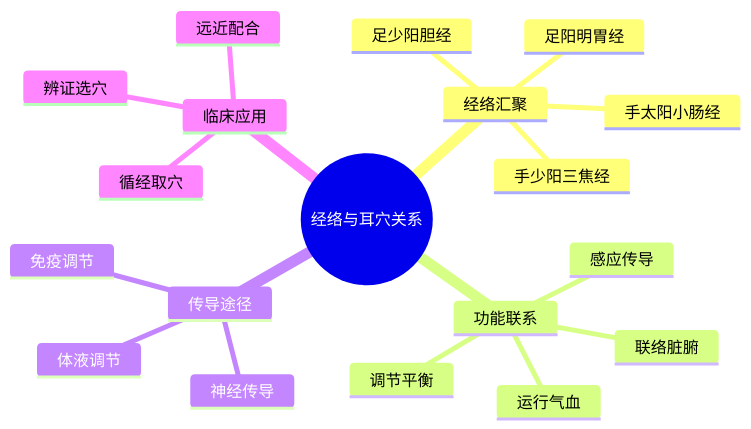
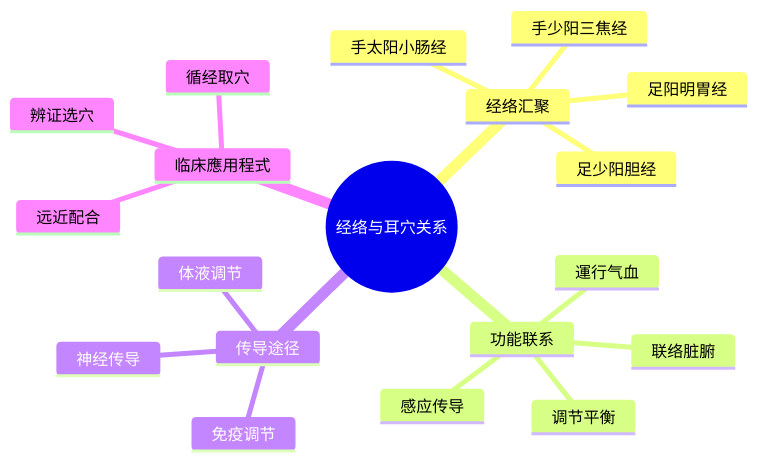
Before and after one commit to kmjade/knowledge-value: the sixth of 6 diagrams in 3 Resources/01-Tech/🏥 专业知识/耳穴知识库/01-基础知识/经络理论.md, drawn with Mermaid. The commit also changed other lines of this file and 653 other files, not shown here.

````diff
--- a/3 Resources/01-Tech/🏥 专业知识/耳穴知识库/01-基础知识/经络理论.md
+++ b/3 Resources/01-Tech/🏥 专业知识/耳穴知识库/01-基础知识/经络理论.md
@@ -601,22 +601,22 @@
 ```mermaid
 mindmap
   root((经络与耳穴关系))
     经络汇聚
       手少阳三焦经
       足少阳胆经
       手太阳小肠经
       足阳明胃经
     功能联系
-      运行气血
+      運行气血
       联络脏腑
       感应传导
       调节平衡
     传导途径
       神经传导
       体液调节
       免疫调节
-    临床应用
+    临床應用程式
       循经取穴
       辨证选穴
       远近配合
 ```
````
